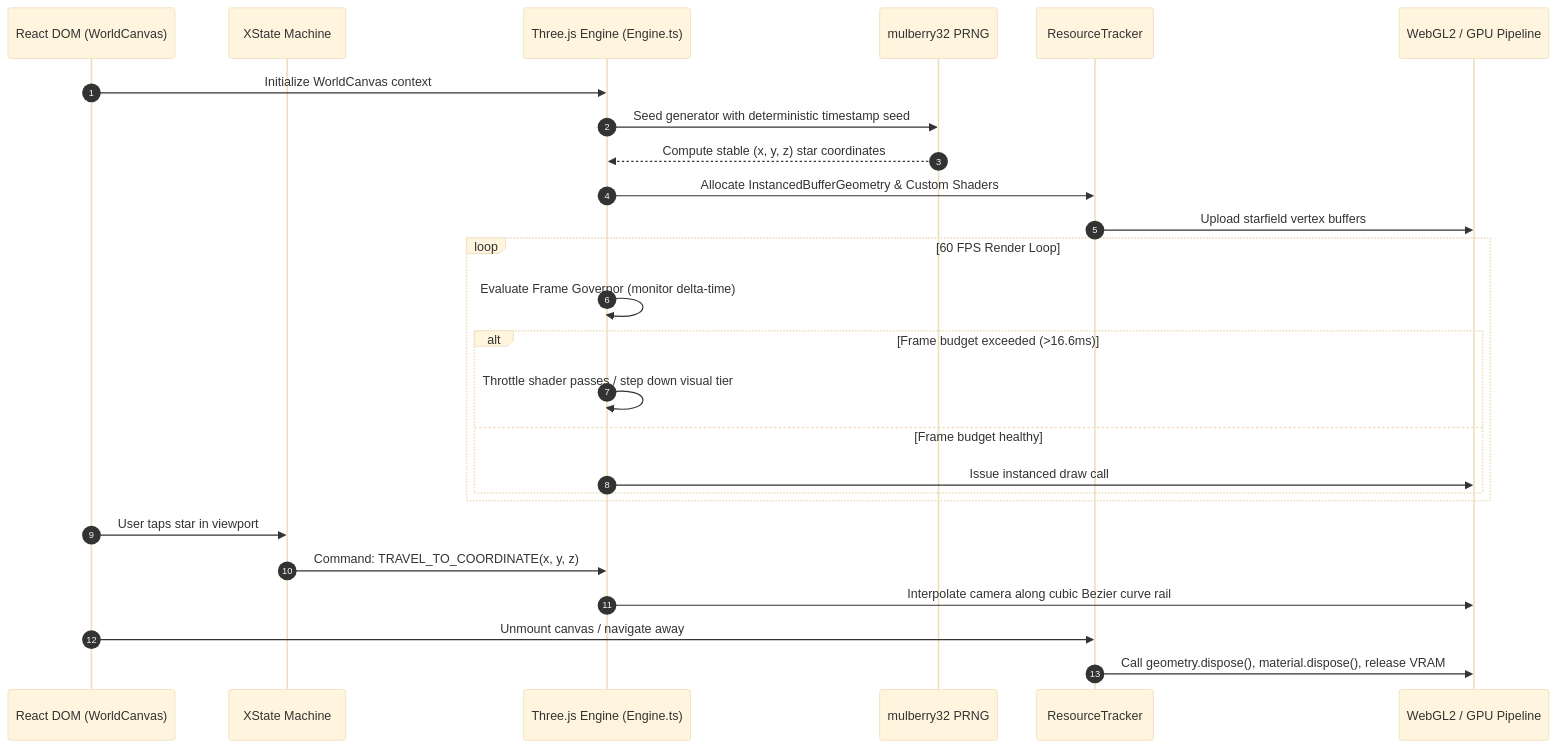
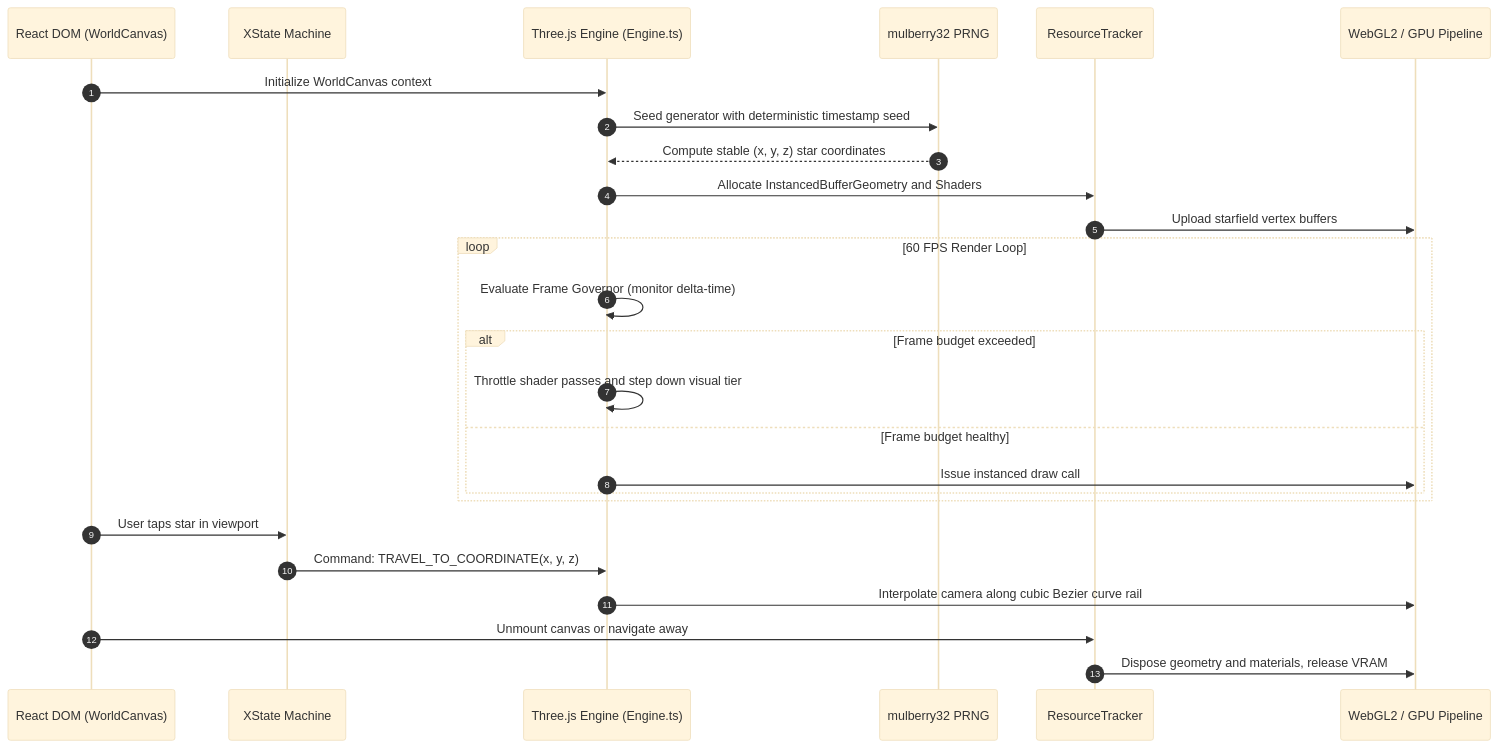
Before and after one commit to HarshkumarG007/SlowLight: the fifth of 17 diagrams in README.md, drawn with Mermaid (base theme). The commit also changed other lines of this file, not shown here.

Commit message:
docs(readme): fix GitHub Mermaid parser syntax across all sequence diagrams

````diff
--- a/README.md
+++ b/README.md
@@ -743,29 +743,29 @@
 ```mermaid
 sequenceDiagram
     autonumber
     participant Client as React DOM (WorldCanvas)
     participant XState as XState Machine
     participant Engine as Three.js Engine (Engine.ts)
     participant PRNG as mulberry32 PRNG
     participant Tracker as ResourceTracker
     participant GPU as WebGL2 / GPU Pipeline
     
     Client->>Engine: Initialize WorldCanvas context
     Engine->>PRNG: Seed generator with deterministic timestamp seed
     PRNG-->>Engine: Compute stable (x, y, z) star coordinates
-    Engine->>Tracker: Allocate InstancedBufferGeometry & Custom Shaders
+    Engine->>Tracker: Allocate InstancedBufferGeometry and Shaders
     Tracker->>GPU: Upload starfield vertex buffers
     loop 60 FPS Render Loop
         Engine->>Engine: Evaluate Frame Governor (monitor delta-time)
-        alt Frame budget exceeded (>16.6ms)
-            Engine->>Engine: Throttle shader passes / step down visual tier
+        alt Frame budget exceeded
+            Engine->>Engine: Throttle shader passes and step down visual tier
         else Frame budget healthy
             Engine->>GPU: Issue instanced draw call
         end
     end
     Client->>XState: User taps star in viewport
     XState->>Engine: Command: TRAVEL_TO_COORDINATE(x, y, z)
     Engine->>GPU: Interpolate camera along cubic Bezier curve rail
-    Client->>Tracker: Unmount canvas / navigate away
-    Tracker->>GPU: Call geometry.dispose(), material.dispose(), release VRAM
+    Client->>Tracker: Unmount canvas or navigate away
+    Tracker->>GPU: Dispose geometry and materials, release VRAM
 ```
````
